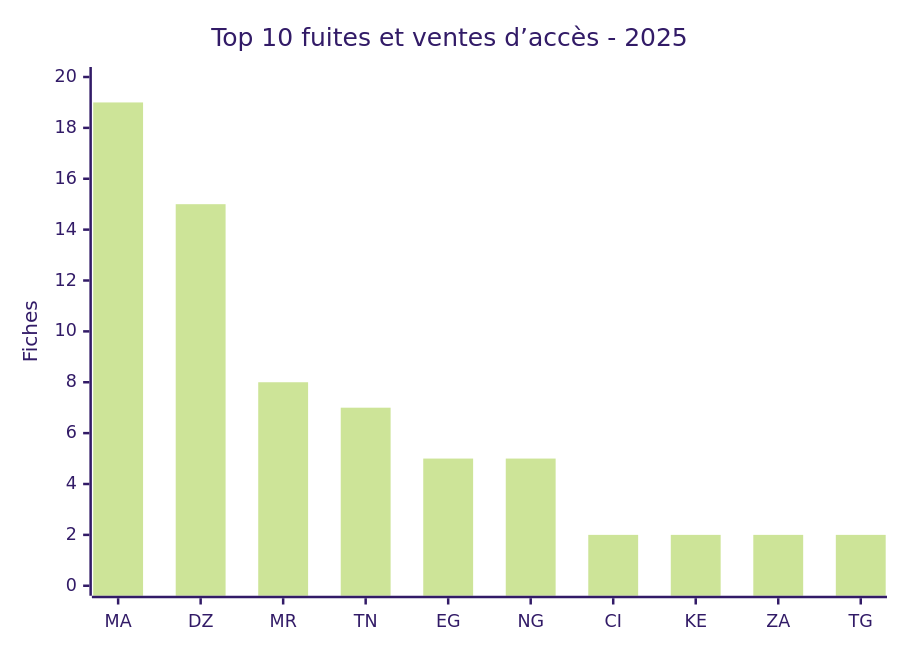
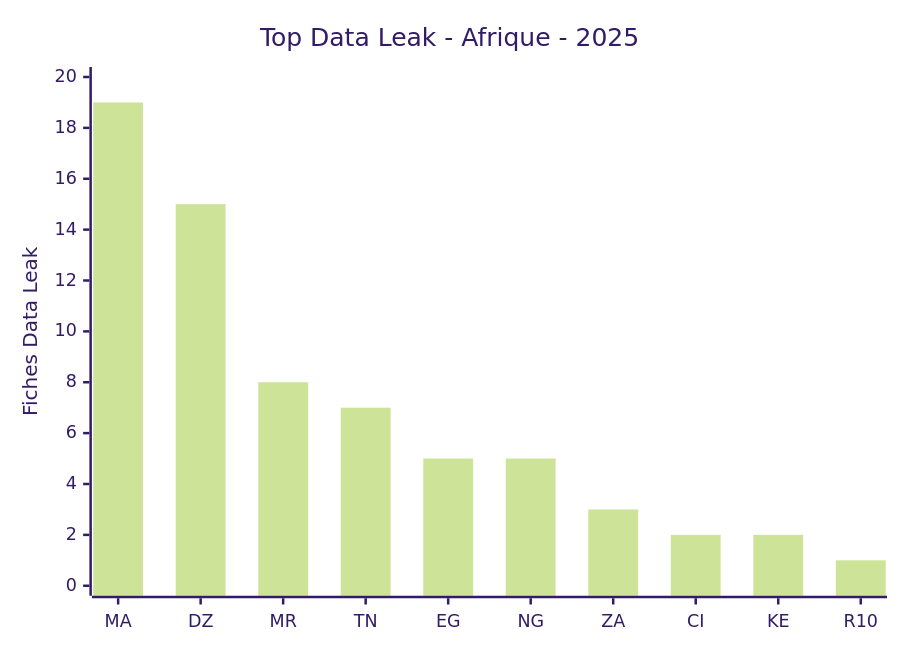
Before and after one commit to Hatchepsoute/AFRINTEL: the fifth of 5 diagrams in CyberAttackAfrica/2025/README_FR.md, drawn with Mermaid (forest theme). The commit also changed other lines of this file and 35 other files, not shown here.

````diff
--- a/CyberAttackAfrica/2025/README_FR.md
+++ b/CyberAttackAfrica/2025/README_FR.md
@@ -261,7 +362,7 @@
 ```mermaid
-xychart
-    title "Top 10 fuites et ventes d’accès - 2025"
-    x-axis ["MA","DZ","MR","TN","EG","NG","CI","KE","ZA","TG"]
-    y-axis "Fiches" 0 --> 20
-    bar [19,15,8,7,5,5,2,2,2,2]
+xychart-beta
+    title "Top Data Leak - Afrique - 2025"
+    x-axis ["MA","DZ","MR","TN","EG","NG","ZA","CI","KE","R10"]
+    y-axis "Fiches Data Leak" 0 --> 20
+    bar [19,15,8,7,5,5,3,2,2,1]
 ```
````
